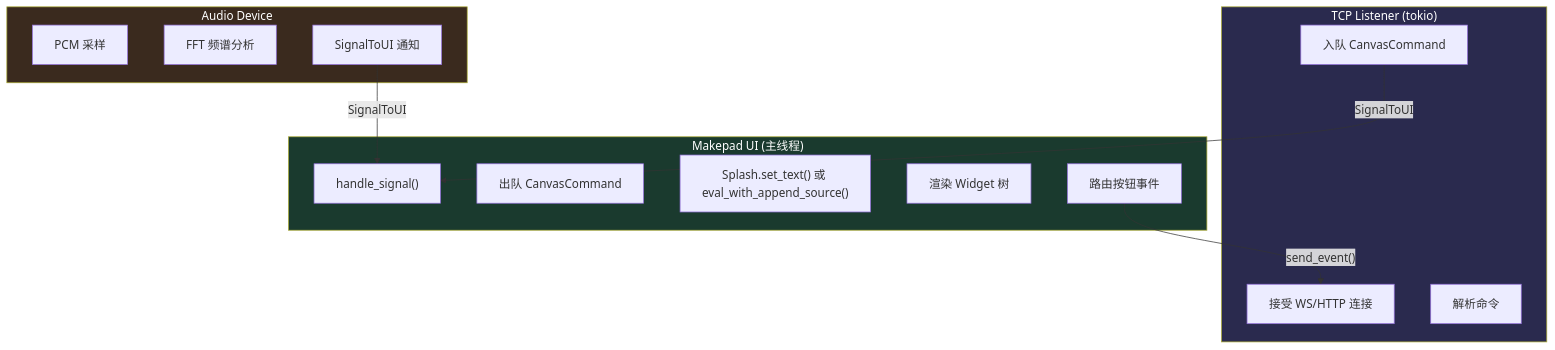
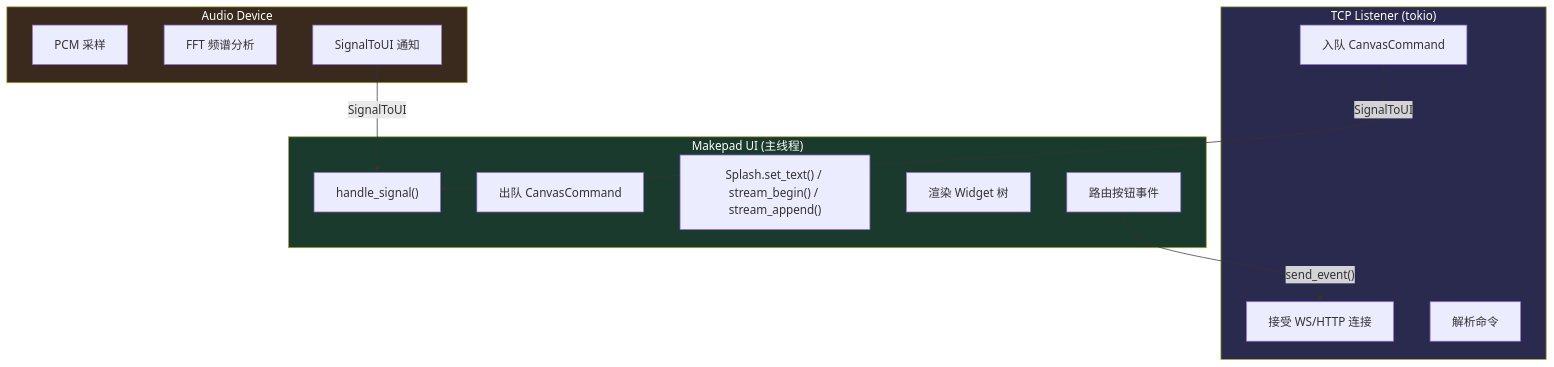
The second of 2 diagrams in src/zh/ch27-canvas-architecture.md (ZhangHanDong/makepad-2.0-book), drawn with Mermaid before and after one commit. The commit also changed other lines of this file and 6 other files, not shown here.

````diff
--- a/src/zh/ch27-canvas-architecture.md
+++ b/src/zh/ch27-canvas-architecture.md
@@ -23,30 +23,30 @@
 ```mermaid
 flowchart TD
     subgraph T1["TCP Listener (tokio)"]
         L1["接受 WS/HTTP 连接"]
         L2["解析命令"]
         L3["入队 CanvasCommand"]
     end
 
     subgraph T2["Makepad UI (主线程)"]
         U1["handle_signal()"]
         U2["出队 CanvasCommand"]
-        U3["Splash.set_text() 或 eval_with_append_source()"]
+        U3["Splash.set_text() / stream_begin() / stream_append()"]
         U4["渲染 Widget 树"]
         U5["路由按钮事件"]
     end
 
     subgraph T3["Audio Device"]
         A1["PCM 采样"]
         A2["FFT 频谱分析"]
         A3["SignalToUI 通知"]
     end
 
     L3 -->|"SignalToUI"| U1
     A3 -->|"SignalToUI"| U1
     U5 -->|"send_event()"| L1
 
     style T1 fill:#2a2a4e,color:#fff
     style T2 fill:#1a3a2e,color:#fff
     style T3 fill:#3a2a1e,color:#fff
 ```
````
